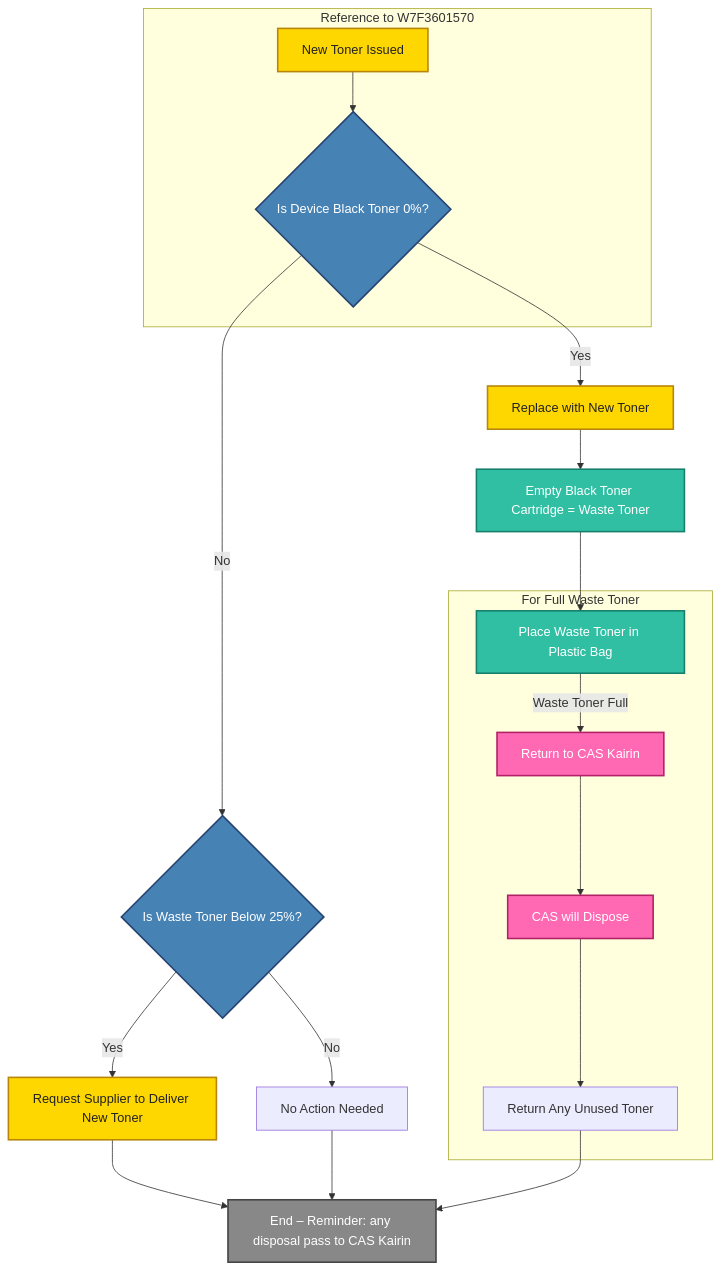
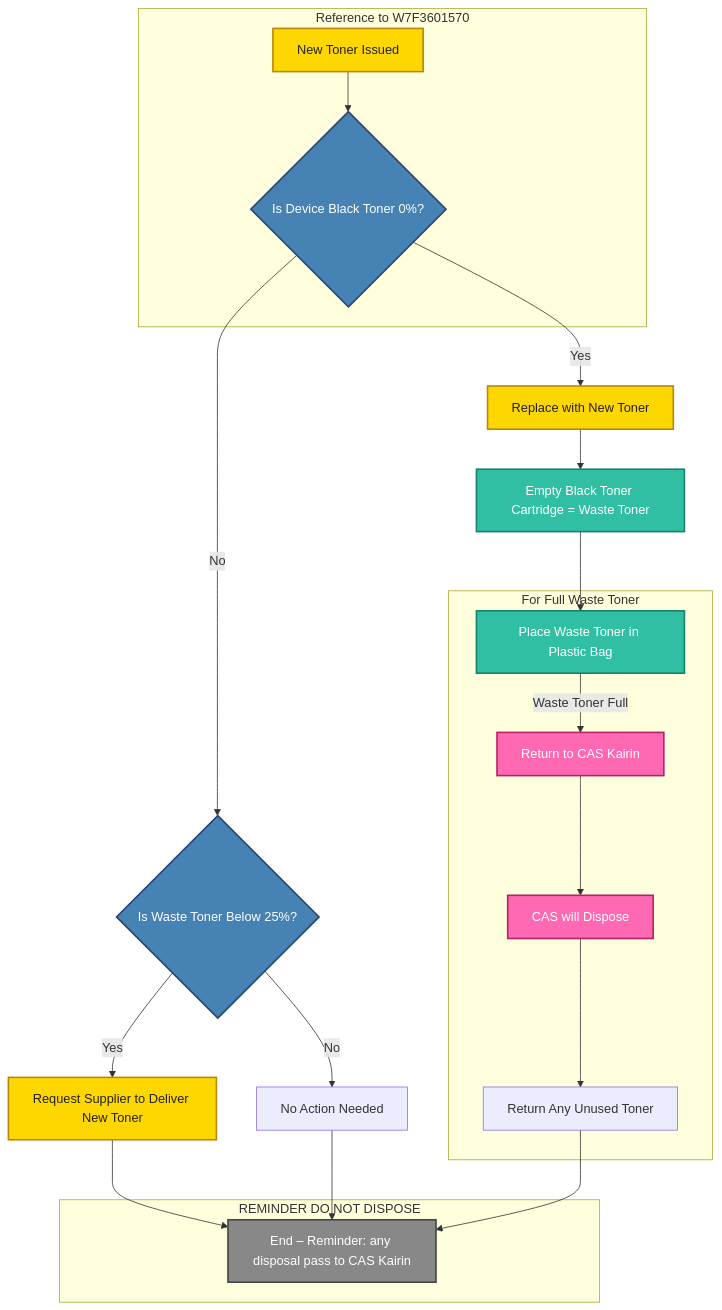
One commit to kairin/mermaid changed the diagram in CAS/Kyocera/disposal2.md. Above: the diagram before and after it, drawn with Mermaid.

````diff
--- a/CAS/Kyocera/disposal2.md
+++ b/CAS/Kyocera/disposal2.md
@@ -1,43 +1,48 @@
 ```mermaid
 
 graph TD
     A[New Toner Issued] --> B{Is Device Black Toner 0%?}
     B -- Yes --> C[Replace with New Toner]
     C --> D[Empty Black Toner Cartridge = Waste Toner]
     D --> E[Place Waste Toner in Plastic Bag]
     B -- No --> L{Is Waste Toner Below 25%?}
     L -- Yes --> M[Request Supplier to Deliver New Toner]
     M --> K[End – Reminder: any disposal pass to CAS Kairin]
     L -- No --> J[No Action Needed]
     J --> K
     E -- Waste Toner Full --> G[Return to CAS Kairin]
     G --> H[CAS will Dispose]
     H --> I[Return Any Unused Toner]
     I --> K
 
     subgraph "Reference to W7F3601570"
         A
         B
     end
     subgraph "For Full Waste Toner"
         E
         G
         H
         I
     end
+    subgraph "REMINDER DO NOT DISPOSE"
+        K
+    end
+
+
 
     %% Improved Class Definitions for Styling
     classDef important fill:#FFD700,stroke:#B8860B,stroke-width:2px,color:#222
     classDef decision fill:#4682B4,stroke:#274472,stroke-width:2px,color:#fff
     classDef process fill:#30bfa3,stroke:#17806D,stroke-width:2px,color:#fff
     classDef disposal fill:#FF69B4,stroke:#B22267,stroke-width:2px,color:#fff
     classDef endNode fill:#888888,stroke:#444444,stroke-width:2px,color:#fff
 
     %% Applying Classes to Nodes
     class A,C,M important
     class B,L decision
     class D,E process
     class G,H disposal
     class K endNode
 
 ```
````
